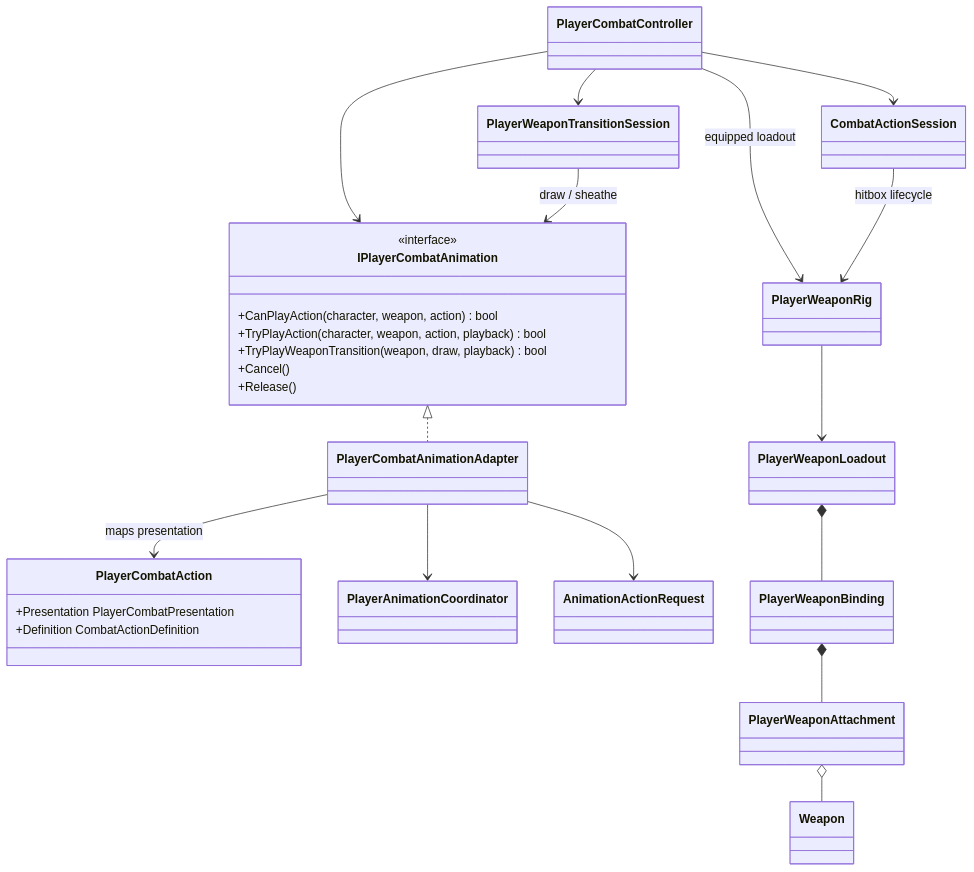
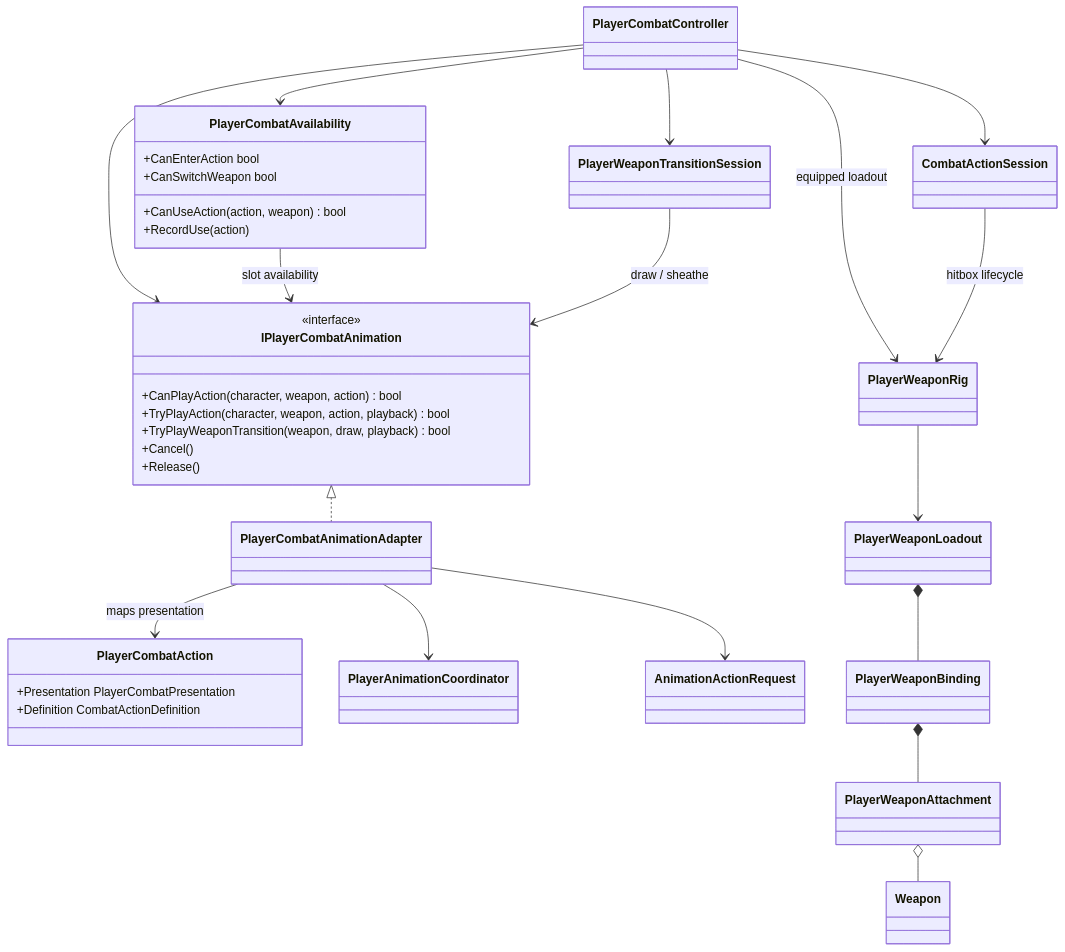
The diagram in Assets/_App/Core/Runtime/Combat/Player/README.md (MaximFonariuc/project-s), drawn with Mermaid before and after one commit. The commit also changed other lines of this file and 9 other files, not shown here.

Commit message:
refactor(combat): centralize action availability

````diff
--- a/Assets/_App/Core/Runtime/Combat/Player/README.md
+++ b/Assets/_App/Core/Runtime/Combat/Player/README.md
@@ -6,41 +6,49 @@
 ```mermaid
 classDiagram
     class PlayerCombatController
     class CombatActionSession
     class PlayerWeaponTransitionSession
+    class PlayerCombatAvailability {
+        +CanEnterAction bool
+        +CanSwitchWeapon bool
+        +CanUseAction(action, weapon) bool
+        +RecordUse(action)
+    }
     class IPlayerCombatAnimation {
         <<interface>>
         +CanPlayAction(character, weapon, action) bool
         +TryPlayAction(character, weapon, action, playback) bool
         +TryPlayWeaponTransition(weapon, draw, playback) bool
         +Cancel()
         +Release()
     }
     class PlayerCombatAction {
         +Presentation PlayerCombatPresentation
         +Definition CombatActionDefinition
     }
     class PlayerCombatAnimationAdapter
     class PlayerAnimationCoordinator
     class AnimationActionRequest
     class PlayerWeaponRig
     class PlayerWeaponLoadout
     class PlayerWeaponBinding
     class PlayerWeaponAttachment
     class Weapon
 
     PlayerCombatController --> IPlayerCombatAnimation
     PlayerCombatController --> CombatActionSession
     PlayerCombatController --> PlayerWeaponTransitionSession
+    PlayerCombatController --> PlayerCombatAvailability
     IPlayerCombatAnimation <|.. PlayerCombatAnimationAdapter
     PlayerCombatAnimationAdapter --> PlayerCombatAction : maps presentation
+    PlayerCombatAvailability --> IPlayerCombatAnimation : slot availability
     PlayerWeaponTransitionSession --> IPlayerCombatAnimation : draw / sheathe
     PlayerCombatAnimationAdapter --> PlayerAnimationCoordinator
     PlayerCombatAnimationAdapter --> AnimationActionRequest
     PlayerCombatController --> PlayerWeaponRig : equipped loadout
     CombatActionSession --> PlayerWeaponRig : hitbox lifecycle
     PlayerWeaponRig --> PlayerWeaponLoadout
     PlayerWeaponLoadout *-- PlayerWeaponBinding
     PlayerWeaponBinding *-- PlayerWeaponAttachment
     PlayerWeaponAttachment o-- Weapon
 ```
````
